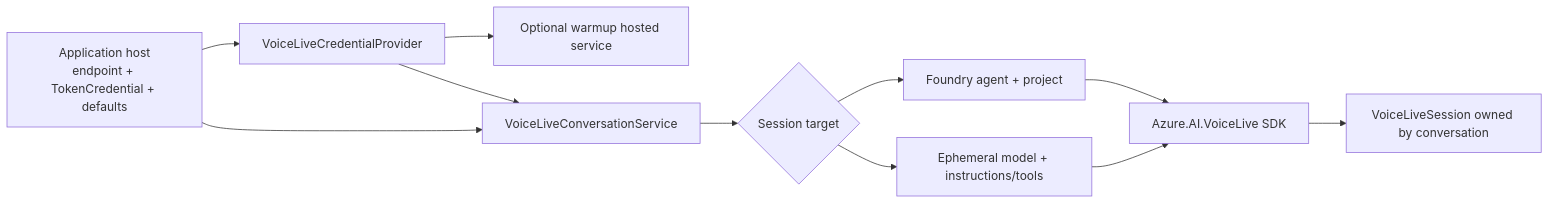
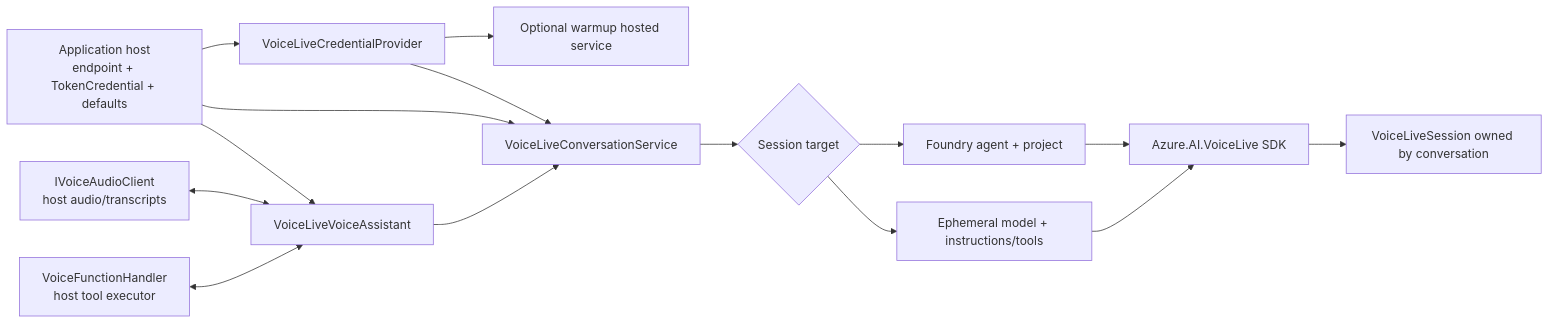
One commit to Kite-Key/azure changed the second of 2 diagrams in docs/architecture.md. Above: the diagram before and after it, drawn with Mermaid. The commit also changed other lines of this file and 5 other files, not shown here.

First line of the commit message:
Extract reusable Voice Live assistant and audio transport

````diff
--- a/docs/architecture.md
+++ b/docs/architecture.md
@@ -19,13 +19,17 @@
 ```mermaid
 flowchart LR
     Host["Application host<br/>endpoint + TokenCredential + defaults"] --> Provider["VoiceLiveCredentialProvider"]
     Provider --> Warmup["Optional warmup hosted service"]
     Provider --> Conversation["VoiceLiveConversationService"]
     Host --> Conversation
+    Host --> Assistant["VoiceLiveVoiceAssistant"]
+    Audio["IVoiceAudioClient<br/>host audio/transcripts"] <--> Assistant
+    Handler["VoiceFunctionHandler<br/>host tool executor"] <--> Assistant
+    Assistant --> Conversation
     Conversation --> Target{"Session target"}
     Target --> Agent["Foundry agent + project"]
     Target --> Model["Ephemeral model + instructions/tools"]
     Agent --> SDK["Azure.AI.VoiceLive SDK"]
     Model --> SDK
     SDK --> Session["VoiceLiveSession owned by conversation"]
 ```
````
